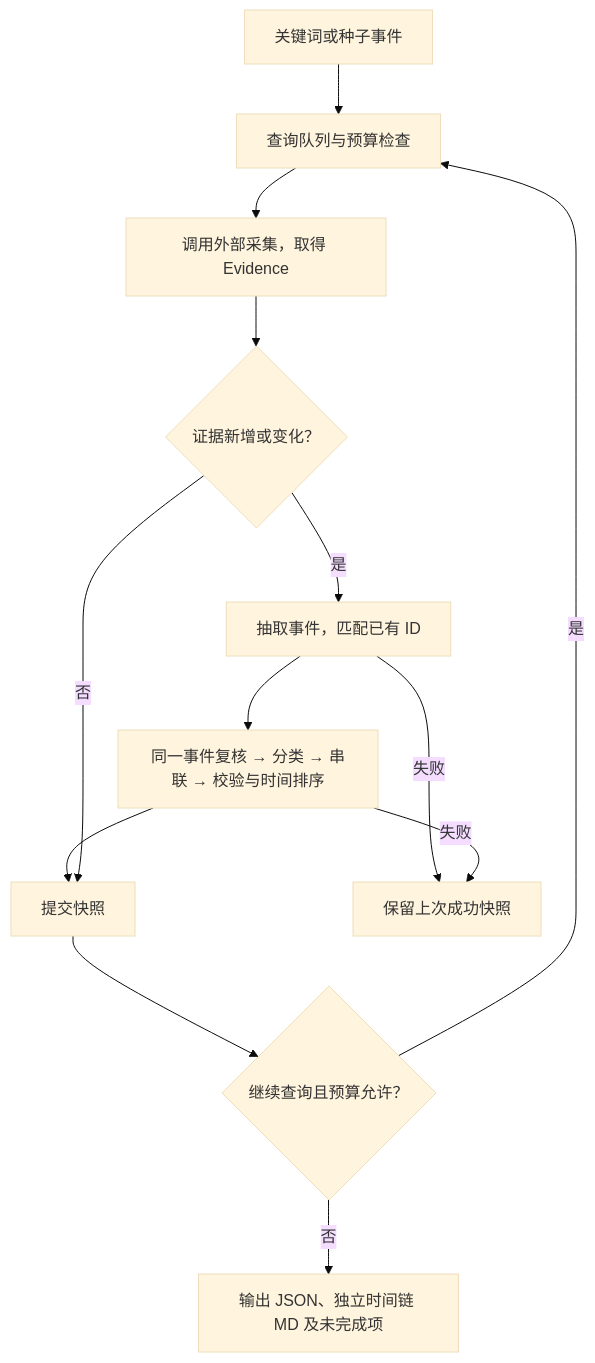
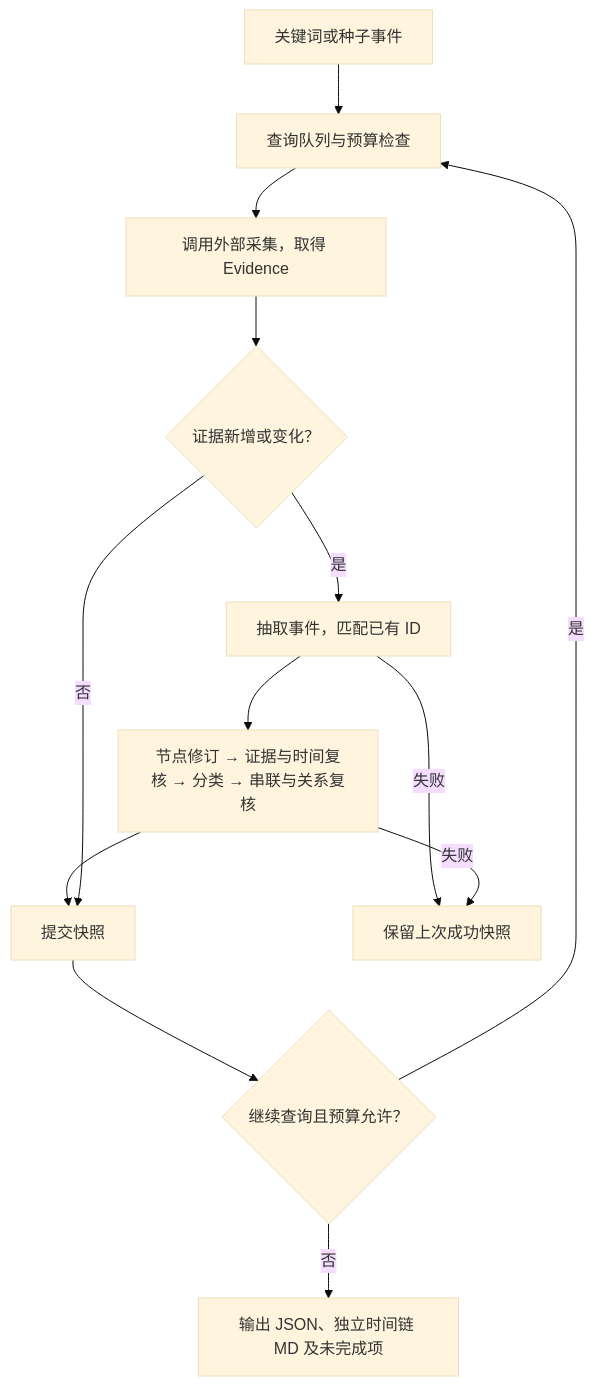
One commit to Batch-Li/Crawler-Agent changed the diagram in signalx-agent/docs/WORKFLOW.md. Above: the diagram before and after it, drawn with Mermaid (base theme). The commit also changed other lines of this file and 35 other files, not shown here.

Commit message:
feat: expand topic collection and evidence-grounded timelines

````diff
--- a/signalx-agent/docs/WORKFLOW.md
+++ b/signalx-agent/docs/WORKFLOW.md
@@ -5,15 +5,15 @@
 ```mermaid
 flowchart TD
     A["关键词或种子事件"] --> B["查询队列与预算检查"]
     B --> C["调用外部采集，取得 Evidence"]
     C --> D{"证据新增或变化？"}
     D -->|是| E["抽取事件，匹配已有 ID"]
-    E --> F["同一事件复核 → 分类 → 串联 → 校验与时间排序"]
+    E --> F["节点修订 → 证据与时间复核 → 分类 → 串联与关系复核"]
     F --> G["提交快照"]
     D -->|否| G
     G --> H{"继续查询且预算允许？"}
     H -->|是| B
     H -->|否| I["输出 JSON、独立时间链 MD 及未完成项"]
     E -->|失败| J["保留上次成功快照"]
     F -->|失败| J
 ```
````
